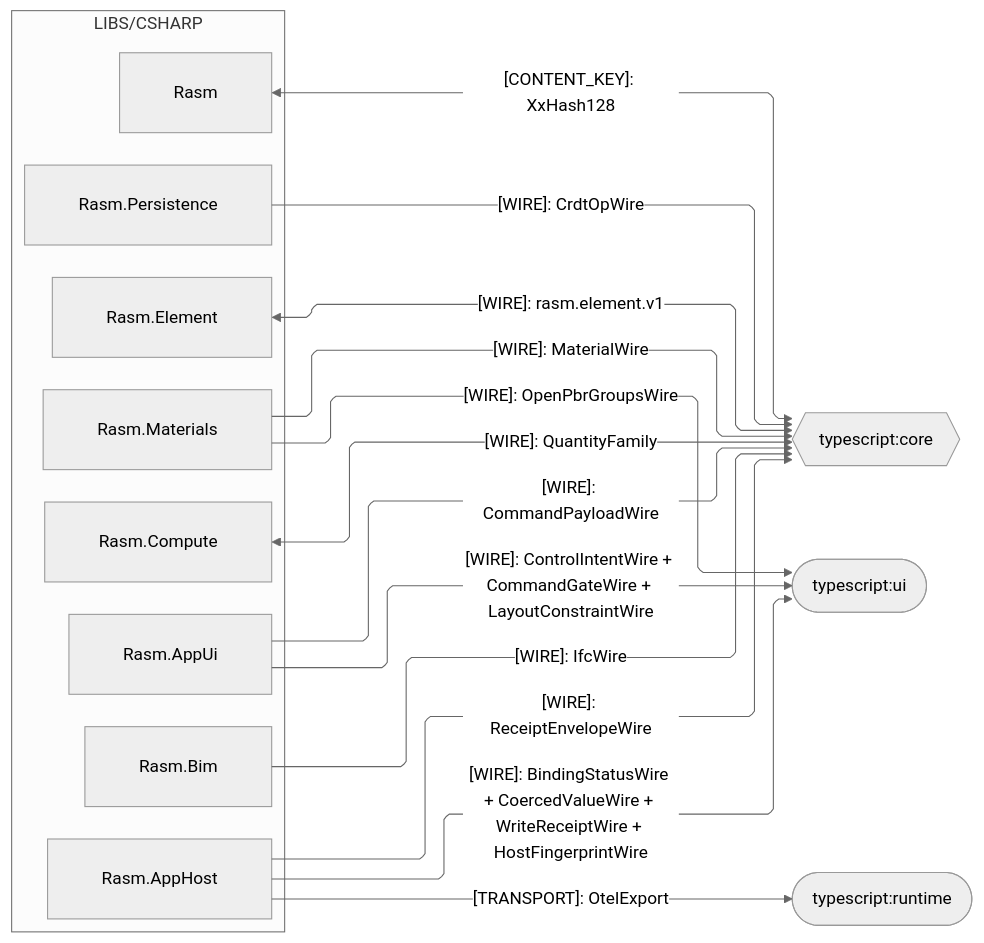
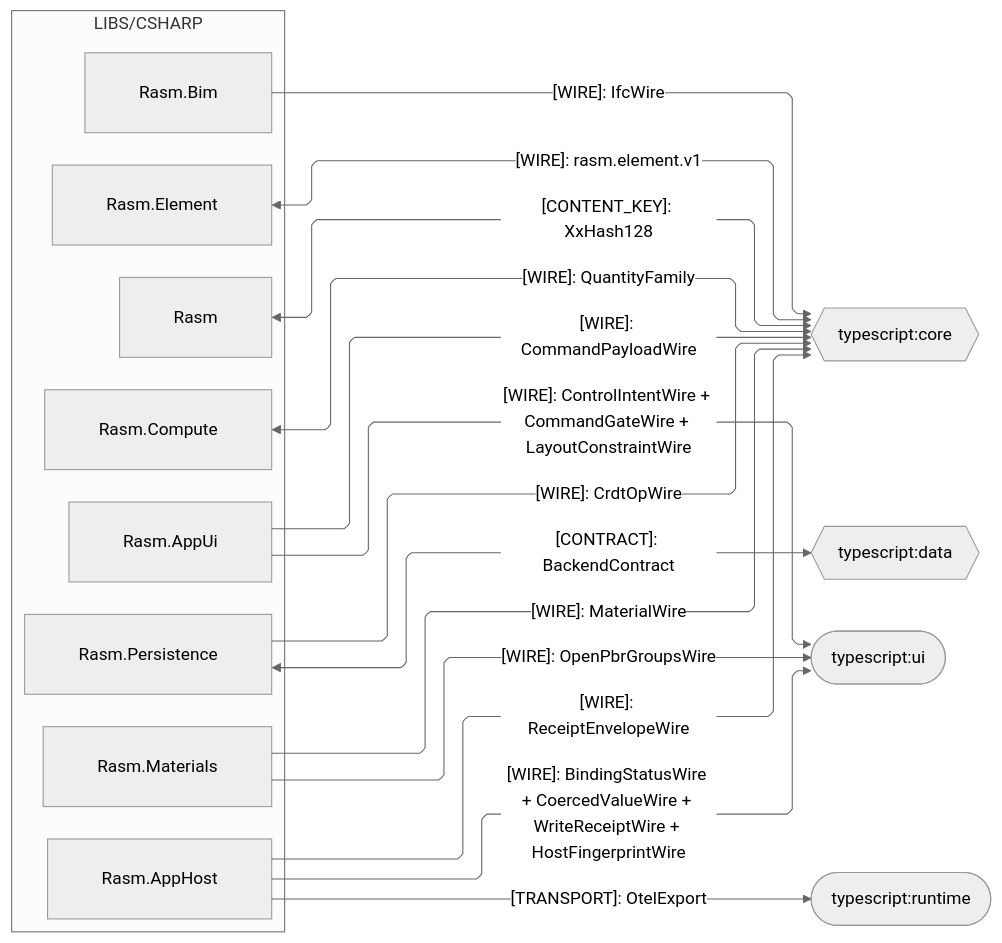
One commit to bsamiee/Rasm changed the third of 5 diagrams in libs/csharp/.planning/ARCHITECTURE.md. Above: the diagram before and after it, drawn with Mermaid (neutral theme). The commit also changed other lines of this file and 249 other files, not shown here.

````diff
--- a/libs/csharp/.planning/ARCHITECTURE.md
+++ b/libs/csharp/.planning/ARCHITECTURE.md
@@ -151,37 +152,39 @@
 ```mermaid
 ---
 config:
   layout: elk
   flowchart:
     curve: linear
     padding: 25
 ---
 flowchart LR
     accTitle: C# branch typescript seam registry
-    accDescr: C# packages producing kinded wires the typescript core, runtime, and ui domains decode — data-bearing wires and the telemetry transport edge, labeled per kind — bidirectional peers as hexagons, one-way sinks as stadiums.
+    accDescr: C# packages producing kinded wires the typescript core, data, runtime, and ui domains decode — data-bearing wires, the backend contract, and the telemetry transport edge, labeled per kind — bidirectional peers as hexagons, one-way sinks as stadiums.
     subgraph csharp[LIBS/CSHARP]
         Rasm[Rasm]
         Element[Rasm.Element]
         Compute[Rasm.Compute]
         Persistence[Rasm.Persistence]
         Bim[Rasm.Bim]
         Materials[Rasm.Materials]
         AppUi[Rasm.AppUi]
         AppHost[Rasm.AppHost]
     end
     TsCore{{typescript:core}}
+    TsData{{typescript:data}}
     TsUi([typescript:ui])
     TsRuntime([typescript:runtime])
     Rasm <-->|"[CONTENT_KEY]: XxHash128"| TsCore
     Element <-->|"[WIRE]: rasm.element.v1"| TsCore
     Compute <-->|"[WIRE]: QuantityFamily"| TsCore
     Persistence -->|"[WIRE]: CrdtOpWire"| TsCore
     Bim -->|"[WIRE]: IfcWire"| TsCore
     Materials -->|"[WIRE]: MaterialWire"| TsCore
     AppUi -->|"[WIRE]: CommandPayloadWire"| TsCore
     AppHost -->|"[WIRE]: ReceiptEnvelopeWire"| TsCore
+    Persistence <-->|"[CONTRACT]: BackendContract"| TsData
     Materials -->|"[WIRE]: OpenPbrGroupsWire"| TsUi
     AppUi -->|"[WIRE]: ControlIntentWire + CommandGateWire + LayoutConstraintWire"| TsUi
     AppHost -->|"[WIRE]: BindingStatusWire + CoercedValueWire + WriteReceiptWire + HostFingerprintWire"| TsUi
     AppHost -->|"[TRANSPORT]: OtelExport"| TsRuntime
 ```
````
